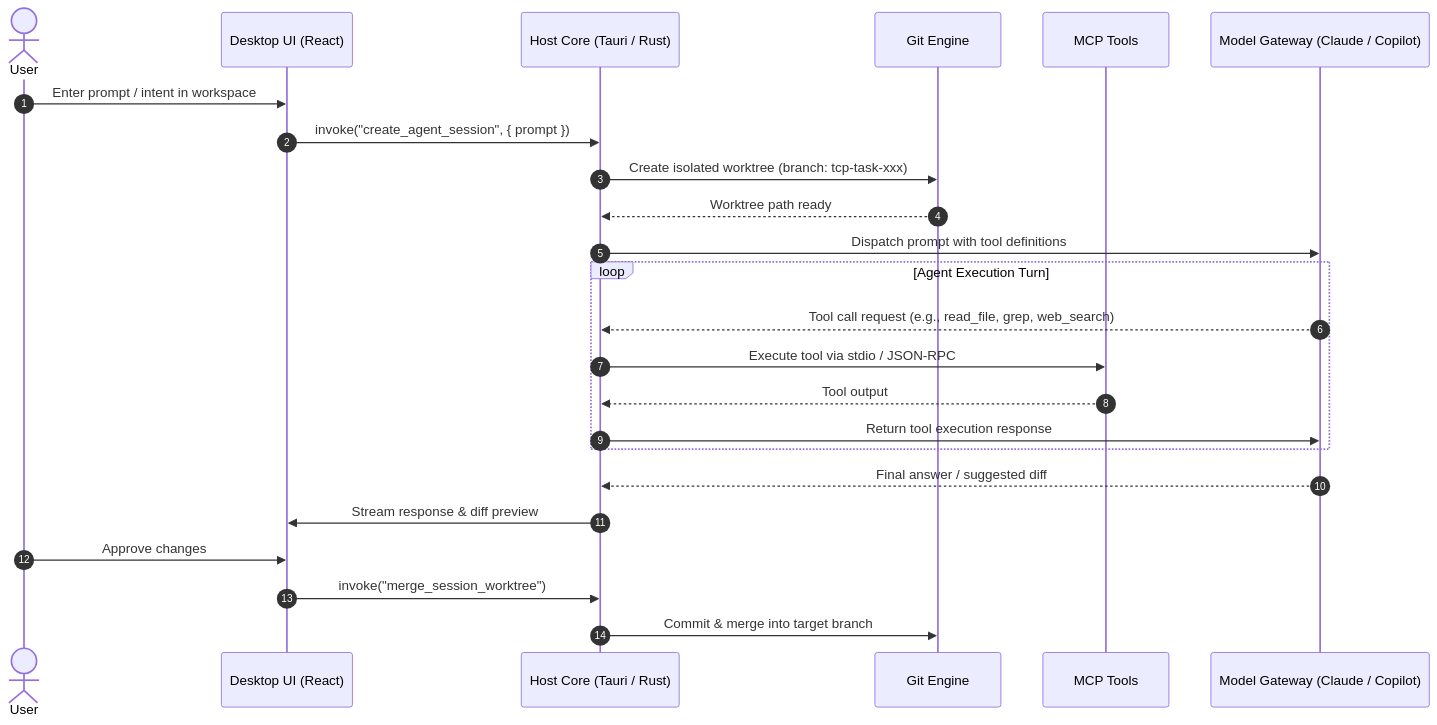
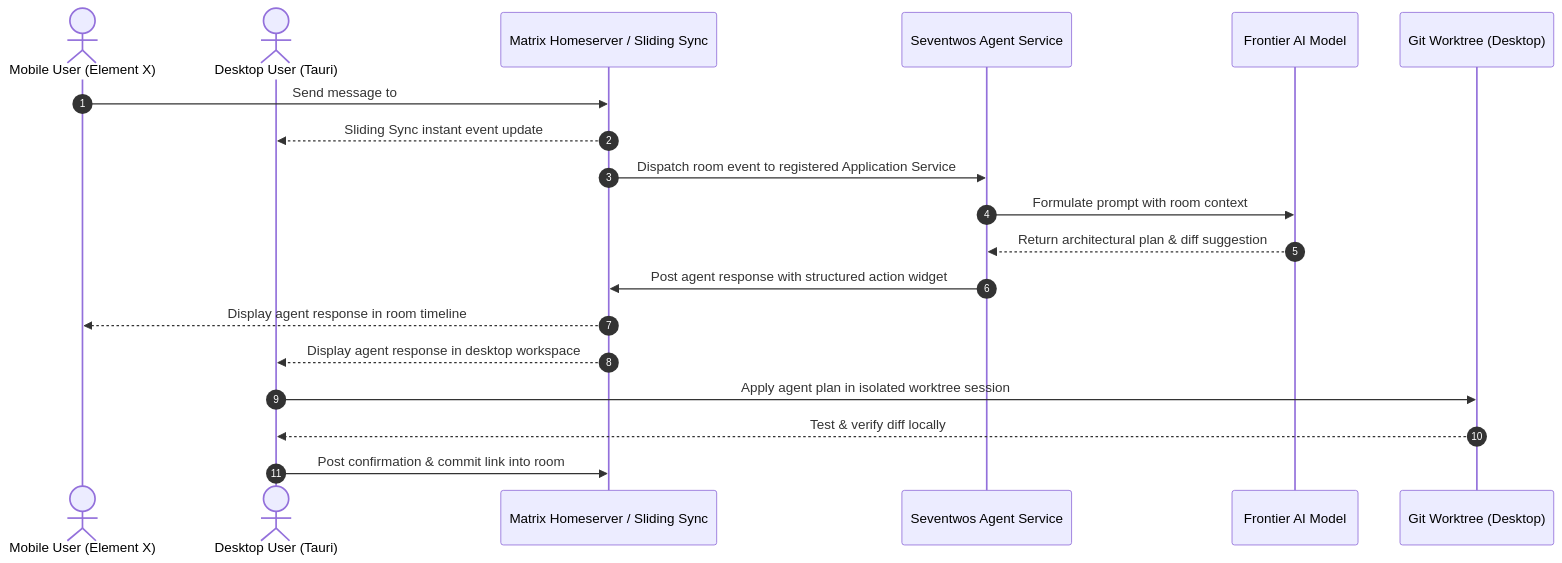
Before and after one commit to seventwos-app/how-we-work: the second of 2 diagrams in stack.md, drawn with Mermaid. The commit also changed other lines of this file and 1 other file, not shown here.

Commit message:
docs: expand stack.md with Matrix and Element X mobile architecture

````diff
--- a/stack.md
+++ b/stack.md
@@ -128,27 +183,22 @@
 ```mermaid
 sequenceDiagram
     autonumber
-    actor User
-    participant UI as Desktop UI (React)
-    participant Core as Host Core (Tauri / Rust)
-    participant Git as Git Engine
-    participant MCP as MCP Tools
-    participant AI as Model Gateway (Claude / Copilot)
+    actor MobileUser as Mobile User (Element X)
+    actor DesktopUser as Desktop User (Tauri)
+    participant Matrix as Matrix Homeserver / Sliding Sync
+    participant AgentAS as Seventwos Agent Service
+    participant LLM as Frontier AI Model
+    participant Worktree as Git Worktree (Desktop)
 
-    User->>UI: Enter prompt / intent in workspace
-    UI->>Core: invoke("create_agent_session", { prompt })
-    Core->>Git: Create isolated worktree (branch: tcp-task-xxx)
-    Git-->>Core: Worktree path ready
-    Core->>AI: Dispatch prompt with tool definitions
-    loop Agent Execution Turn
-        AI-->>Core: Tool call request (e.g., read_file, grep, web_search)
-        Core->>MCP: Execute tool via stdio / JSON-RPC
-        MCP-->>Core: Tool output
-        Core->>AI: Return tool execution response
-    end
-    AI-->>Core: Final answer / suggested diff
-    Core->>UI: Stream response & diff preview
-    User->>UI: Approve changes
-    UI->>Core: invoke("merge_session_worktree")
-    Core->>Git: Commit & merge into target branch
+    MobileUser->>Matrix: Send message to #project room: "Plan desktop auth flow"
+    Matrix-->>DesktopUser: Sliding Sync instant event update
+    Matrix->>AgentAS: Dispatch room event to registered Application Service
+    AgentAS->>LLM: Formulate prompt with room context
+    LLM-->>AgentAS: Return architectural plan & diff suggestion
+    AgentAS->>Matrix: Post agent response with structured action widget
+    Matrix-->>MobileUser: Display agent response in room timeline
+    Matrix-->>DesktopUser: Display agent response in desktop workspace
+    DesktopUser->>Worktree: Apply agent plan in isolated worktree session
+    Worktree-->>DesktopUser: Test & verify diff locally
+    DesktopUser->>Matrix: Post confirmation & commit link into room
 ```
````
